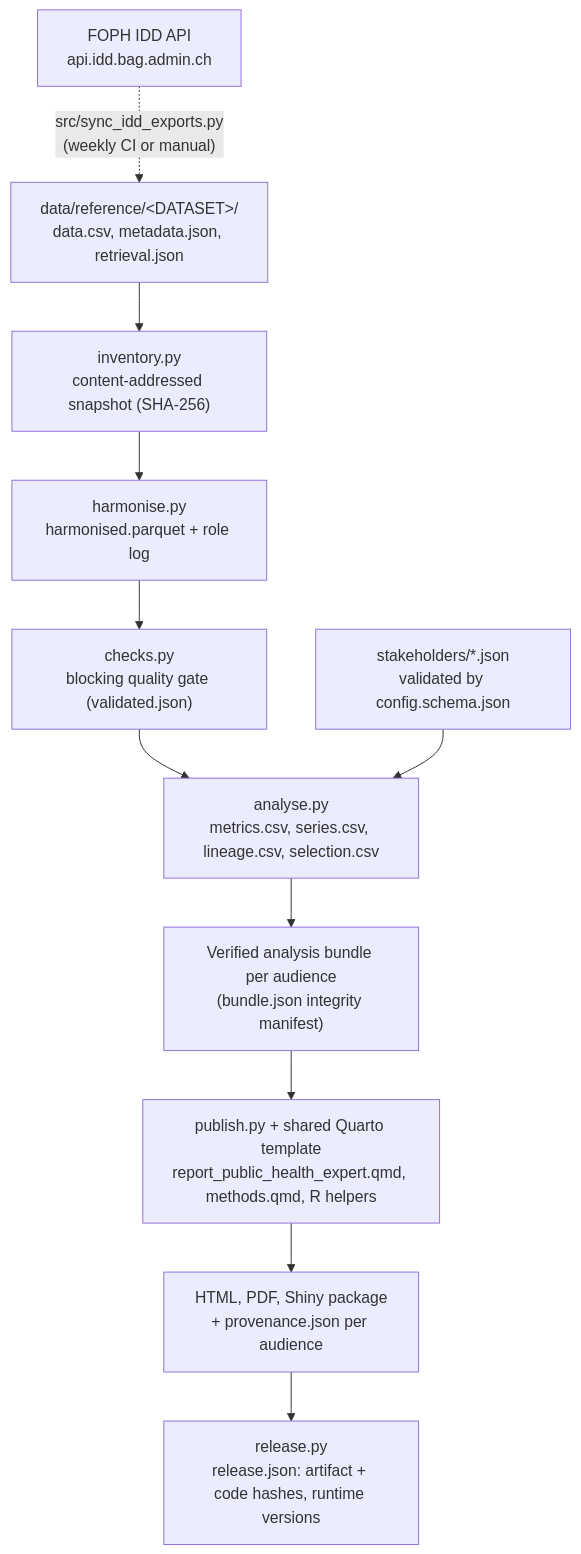
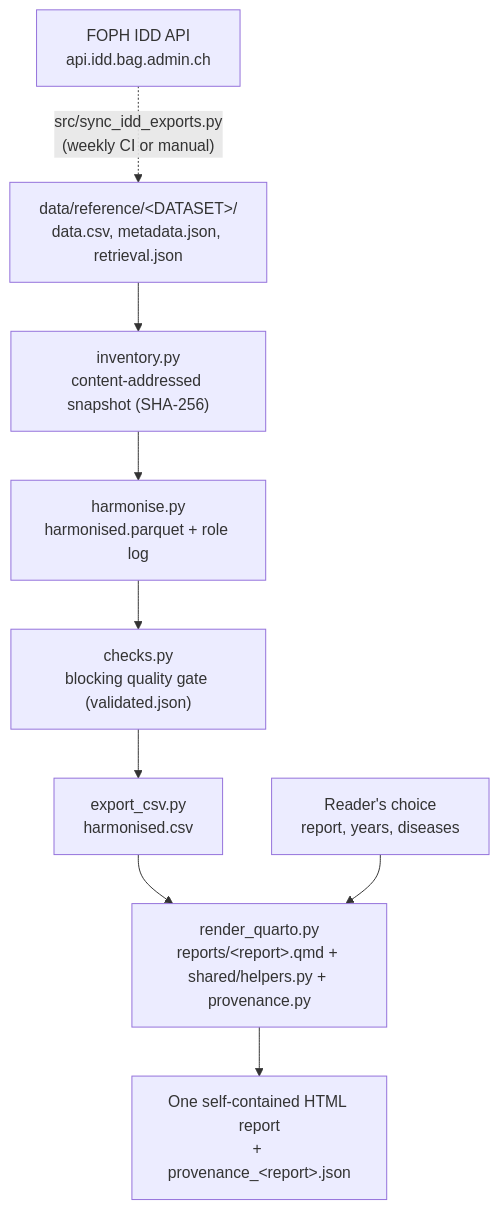
Before and after one commit to ODESA-OpSciHack26/Health_Report_Generator: the diagram in docs/architecture.md, drawn with Mermaid. The commit also changed other lines of this file and 124 other files, not shown here.

First line of the commit message:
Keep the Quarto reports only and add a home page to build them

````diff
--- a/docs/architecture.md
+++ b/docs/architecture.md
@@ -5,13 +5,11 @@
 ```mermaid
 flowchart TD
   API["FOPH IDD API<br/>api.idd.bag.admin.ch"] -. "src/sync_idd_exports.py<br/>(weekly CI or manual)" .-> REF["data/reference/&lt;DATASET&gt;/<br/>data.csv, metadata.json, retrieval.json"]
   REF --> INV["inventory.py<br/>content-addressed snapshot (SHA-256)"]
   INV --> HAR["harmonise.py<br/>harmonised.parquet + role log"]
   HAR --> CHK["checks.py<br/>blocking quality gate (validated.json)"]
-  CHK --> ANA["analyse.py<br/>metrics.csv, series.csv, lineage.csv, selection.csv"]
-  CFG["stakeholders/*.json<br/>validated by config.schema.json"] --> ANA
-  ANA --> BUN["Verified analysis bundle per audience<br/>(bundle.json integrity manifest)"]
-  BUN --> PUB["publish.py + shared Quarto template<br/>report_public_health_expert.qmd, methods.qmd, R helpers"]
-  PUB --> OUT["HTML, PDF, Shiny package<br/>+ provenance.json per audience"]
-  OUT --> REL["release.py<br/>release.json: artifact + code hashes, runtime versions"]
+  CHK --> CSV["export_csv.py<br/>harmonised.csv"]
+  CSV --> REN["render_quarto.py<br/>reports/&lt;report&gt;.qmd + shared/helpers.py + provenance.py"]
+  SEL["Reader's choice<br/>report, years, diseases"] --> REN
+  REN --> OUT["One self-contained HTML report<br/>+ provenance_&lt;report&gt;.json"]
 ```
````
